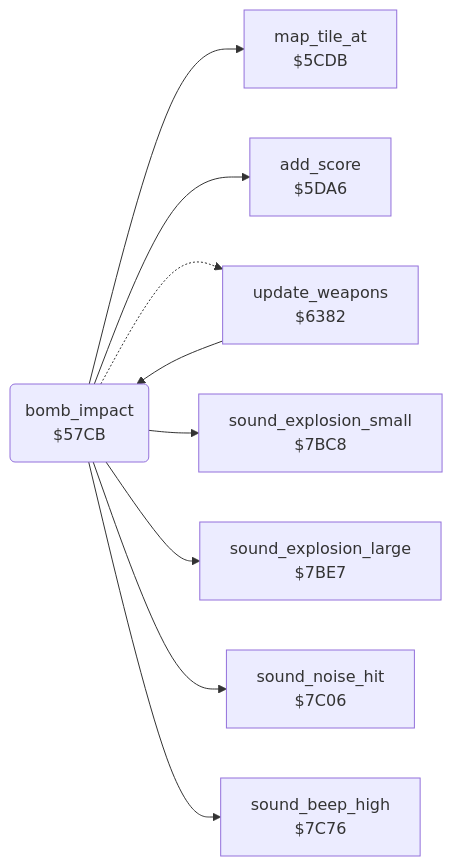
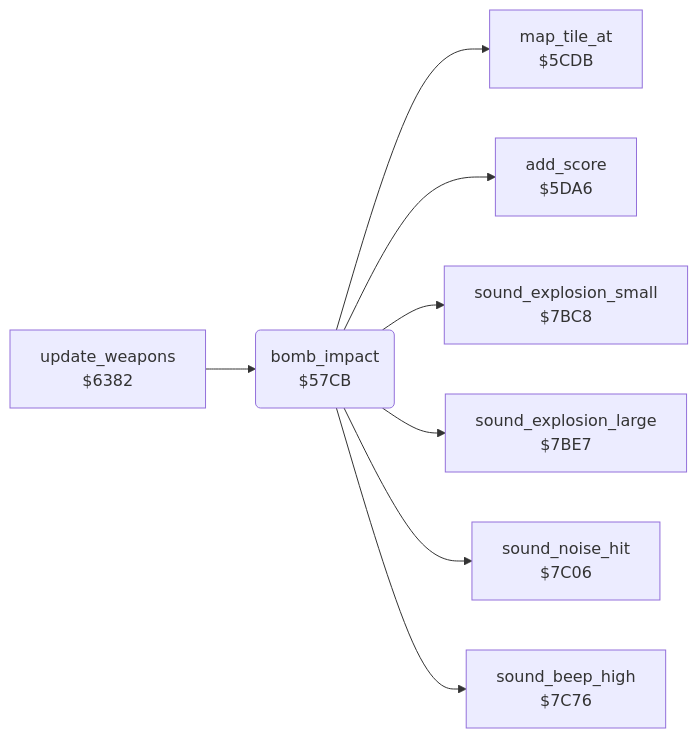
One commit to henols/c64_games changed the diagram in blue_max/docs/reference/modules/ground/bomb_impact.md. Above: the diagram before and after it, drawn with Mermaid. The commit also changed other lines of this file and 1100 other files, not shown here.

````diff
--- a/blue_max/docs/reference/modules/ground/bomb_impact.md
+++ b/blue_max/docs/reference/modules/ground/bomb_impact.md
@@ -10,19 +16,18 @@
 ```mermaid
 flowchart LR
   n57cb("bomb_impact<br/>$57CB")
   n5cdb["map_tile_at<br/>$5CDB"]
   n5da6["add_score<br/>$5DA6"]
   n6382["update_weapons<br/>$6382"]
   n7bc8["sound_explosion_small<br/>$7BC8"]
   n7be7["sound_explosion_large<br/>$7BE7"]
   n7c06["sound_noise_hit<br/>$7C06"]
   n7c76["sound_beep_high<br/>$7C76"]
   n57cb --> n5cdb
   n57cb --> n5da6
-  n57cb -.-> n6382
   n57cb --> n7bc8
   n57cb --> n7be7
   n57cb --> n7c06
   n57cb --> n7c76
   n6382 --> n57cb
 ```
````
